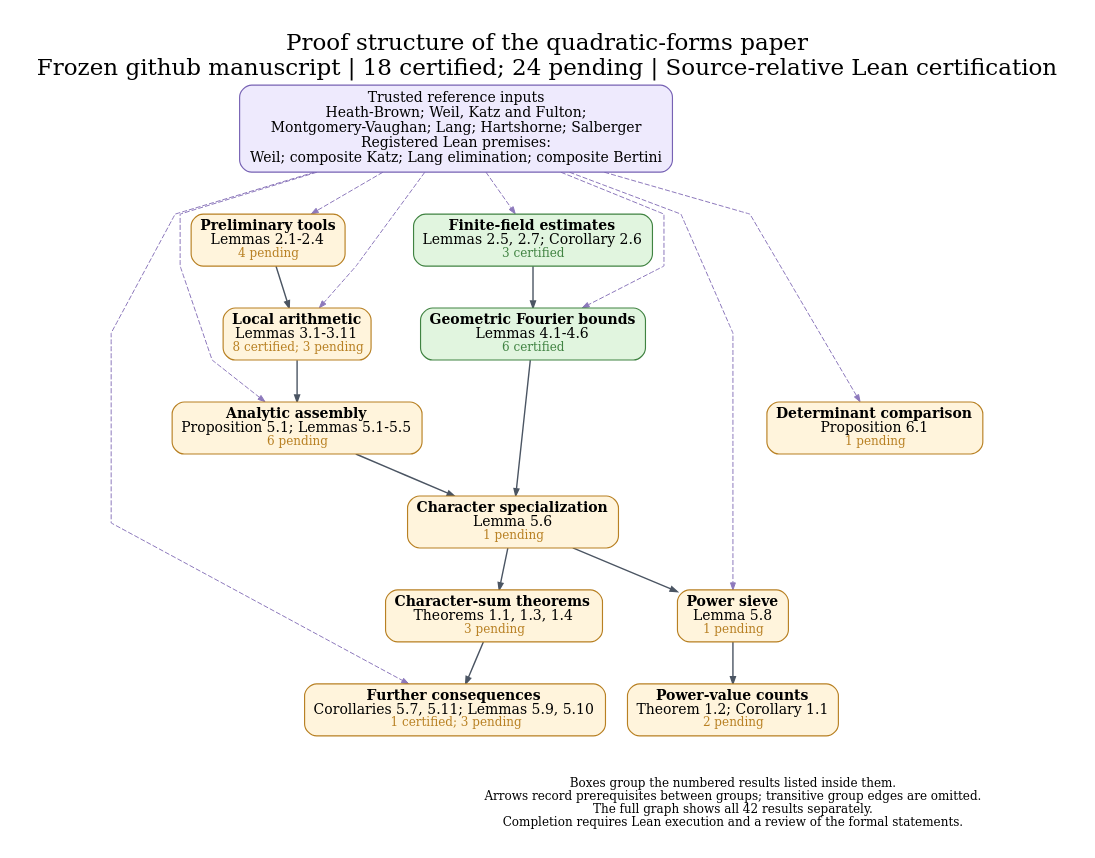
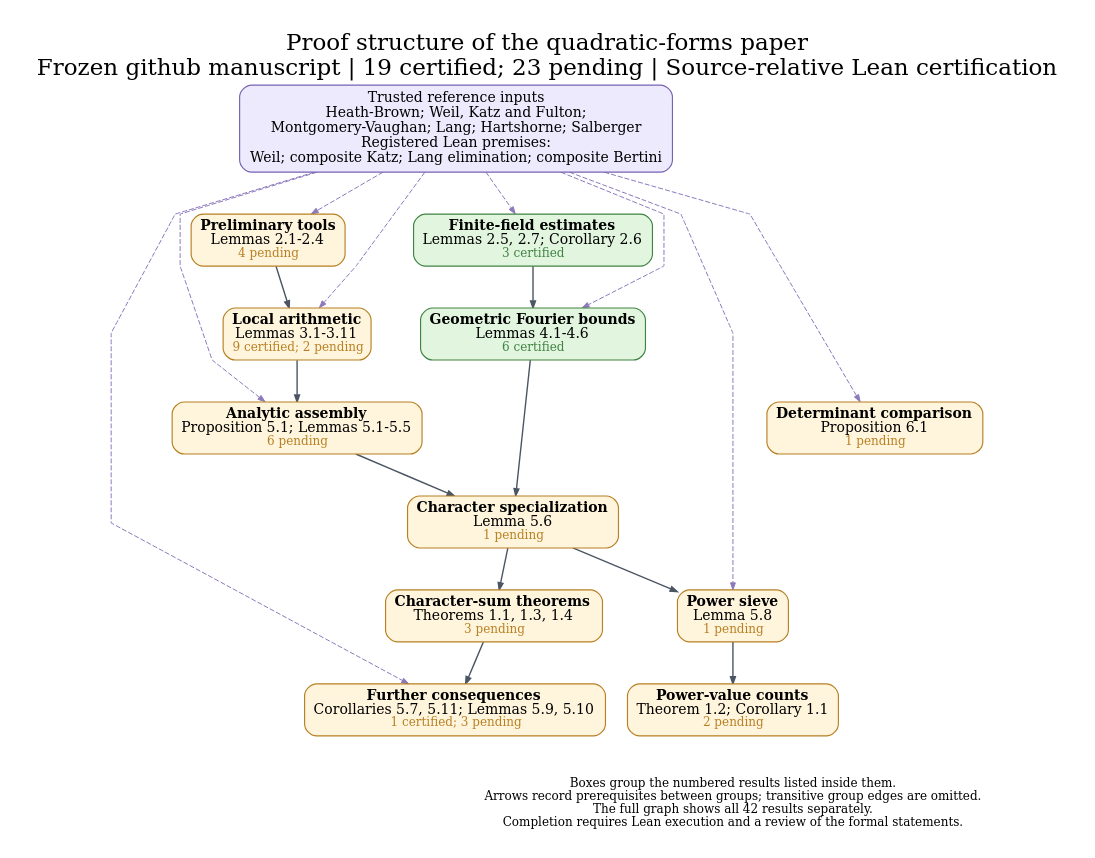
Before and after one commit to nicolasrobles/quaternary-quadratic-forms: the diagram in docs/dependency_overview.dot, drawn with Graphviz. The commit also changed 37 other files, not shown here.

```diff
--- a/docs/dependency_overview.dot
+++ b/docs/dependency_overview.dot
@@ -1,43 +1,43 @@
 digraph Overview {
 graph [rankdir=TB, newrank=true, compound=true, outputorder=edgesfirst,
   bgcolor="white", fontname="DejaVu Serif", fontsize=23, labelloc=t,
-  label="Proof structure of the quadratic-forms paper\nFrozen github manuscript | 18 certified; 24 pending | Source-relative Lean certification",
+  label="Proof structure of the quadratic-forms paper\nFrozen github manuscript | 19 certified; 23 pending | Source-relative Lean certification",
   nodesep=0.30, ranksep=0.58, pad=0.28, splines=polyline];
 node [shape=box, style="rounded,filled", fillcolor="#fff4dc", color="#b88023",
   fontname="DejaVu Serif", fontsize=14, penwidth=1.15, margin="0.12,0.09"];
 edge [color="#4b5563", arrowsize=0.70, penwidth=1.05];
 sources [label="Trusted reference inputs\nHeath-Brown; Weil, Katz and Fulton;\nMontgomery-Vaughan; Lang; Hartshorne; Salberger\nRegistered Lean premises:\nWeil; composite Katz; Lang elimination; composite Bertini", fillcolor="#eeeafd", color="#7762b4", fontsize=14];
 "prelim" [label=<<B>Preliminary tools</B><BR/>Lemmas 2.1-2.4<BR/><FONT POINT-SIZE="12" COLOR="#b88023">4 pending</FONT>>, fillcolor="#fff4dc", color="#b88023", URL="https://github.com/nicolasrobles/quaternary-quadratic-forms/blob/main/INVENTORY.md", target="_blank"];
 "finite" [label=<<B>Finite-field estimates</B><BR/>Lemmas 2.5, 2.7; Corollary 2.6<BR/><FONT POINT-SIZE="12" COLOR="#408342">3 certified</FONT>>, fillcolor="#e1f5df", color="#408342", URL="https://github.com/nicolasrobles/quaternary-quadratic-forms/blob/main/INVENTORY.md", target="_blank"];
-"local" [label=<<B>Local arithmetic</B><BR/>Lemmas 3.1-3.11<BR/><FONT POINT-SIZE="12" COLOR="#b88023">8 certified; 3 pending</FONT>>, fillcolor="#fff4dc", color="#b88023", URL="https://github.com/nicolasrobles/quaternary-quadratic-forms/blob/main/INVENTORY.md", target="_blank"];
+"local" [label=<<B>Local arithmetic</B><BR/>Lemmas 3.1-3.11<BR/><FONT POINT-SIZE="12" COLOR="#b88023">9 certified; 2 pending</FONT>>, fillcolor="#fff4dc", color="#b88023", URL="https://github.com/nicolasrobles/quaternary-quadratic-forms/blob/main/INVENTORY.md", target="_blank"];
 "fourier" [label=<<B>Geometric Fourier bounds</B><BR/>Lemmas 4.1-4.6<BR/><FONT POINT-SIZE="12" COLOR="#408342">6 certified</FONT>>, fillcolor="#e1f5df", color="#408342", URL="https://github.com/nicolasrobles/quaternary-quadratic-forms/blob/main/INVENTORY.md", target="_blank"];
 "analytic" [label=<<B>Analytic assembly</B><BR/>Proposition 5.1; Lemmas 5.1-5.5<BR/><FONT POINT-SIZE="12" COLOR="#b88023">6 pending</FONT>>, fillcolor="#fff4dc", color="#b88023", URL="https://github.com/nicolasrobles/quaternary-quadratic-forms/blob/main/INVENTORY.md", target="_blank"];
 "characters" [label=<<B>Character specialization</B><BR/>Lemma 5.6<BR/><FONT POINT-SIZE="12" COLOR="#b88023">1 pending</FONT>>, fillcolor="#fff4dc", color="#b88023", URL="https://github.com/nicolasrobles/quaternary-quadratic-forms/blob/main/INVENTORY.md", target="_blank"];
 "sieve" [label=<<B>Power sieve</B><BR/>Lemma 5.8<BR/><FONT POINT-SIZE="12" COLOR="#b88023">1 pending</FONT>>, fillcolor="#fff4dc", color="#b88023", URL="https://github.com/nicolasrobles/quaternary-quadratic-forms/blob/main/INVENTORY.md", target="_blank"];
 "consequences" [label=<<B>Further consequences</B><BR/>Corollaries 5.7, 5.11; Lemmas 5.9, 5.10<BR/><FONT POINT-SIZE="12" COLOR="#b88023">1 certified; 3 pending</FONT>>, fillcolor="#fff4dc", color="#b88023", URL="https://github.com/nicolasrobles/quaternary-quadratic-forms/blob/main/INVENTORY.md", target="_blank"];
 "maincharacters" [label=<<B>Character-sum theorems</B><BR/>Theorems 1.1, 1.3, 1.4<BR/><FONT POINT-SIZE="12" COLOR="#b88023">3 pending</FONT>>, fillcolor="#fff4dc", color="#b88023", URL="https://github.com/nicolasrobles/quaternary-quadratic-forms/blob/main/INVENTORY.md", target="_blank"];
 "mainpowers" [label=<<B>Power-value counts</B><BR/>Theorem 1.2; Corollary 1.1<BR/><FONT POINT-SIZE="12" COLOR="#b88023">2 pending</FONT>>, fillcolor="#fff4dc", color="#b88023", URL="https://github.com/nicolasrobles/quaternary-quadratic-forms/blob/main/INVENTORY.md", target="_blank"];
 "fixed" [label=<<B>Determinant comparison</B><BR/>Proposition 6.1<BR/><FONT POINT-SIZE="12" COLOR="#b88023">1 pending</FONT>>, fillcolor="#fff4dc", color="#b88023", URL="https://github.com/nicolasrobles/quaternary-quadratic-forms/blob/main/INVENTORY.md", target="_blank"];
 "analytic" -> "characters" [penwidth=1.4];
 "characters" -> "maincharacters" [penwidth=1.4];
 "characters" -> "sieve" [penwidth=1.4];
 "finite" -> "fourier" [penwidth=1.4];
 "fourier" -> "characters" [penwidth=1.4];
 "local" -> "analytic" [penwidth=1.4];
 "maincharacters" -> "consequences" [penwidth=1.4];
 "prelim" -> "local" [penwidth=1.4];
 "sieve" -> "mainpowers" [penwidth=1.4];
 sources -> "analytic" [style=dashed, color="#8d79bc", penwidth=1.0];
 sources -> "consequences" [style=dashed, color="#8d79bc", penwidth=1.0];
 sources -> "finite" [style=dashed, color="#8d79bc", penwidth=1.0];
 sources -> "fixed" [style=dashed, color="#8d79bc", penwidth=1.0];
 sources -> "fourier" [style=dashed, color="#8d79bc", penwidth=1.0];
 sources -> "local" [style=dashed, color="#8d79bc", penwidth=1.0];
 sources -> "prelim" [style=dashed, color="#8d79bc", penwidth=1.0];
 sources -> "sieve" [style=dashed, color="#8d79bc", penwidth=1.0];
 legend [shape=plain, style="", label="Boxes group the numbered results listed inside them.\nArrows record prerequisites between groups; transitive group edges are omitted.\nThe full graph shows all 42 results separately.\nCompletion requires Lean execution and a review of the formal statements.", fontsize=12];
 {rank=sink; legend;}
 "consequences" -> legend [style=invis];
 "fixed" -> legend [style=invis];
 "mainpowers" -> legend [style=invis];
 }
```
